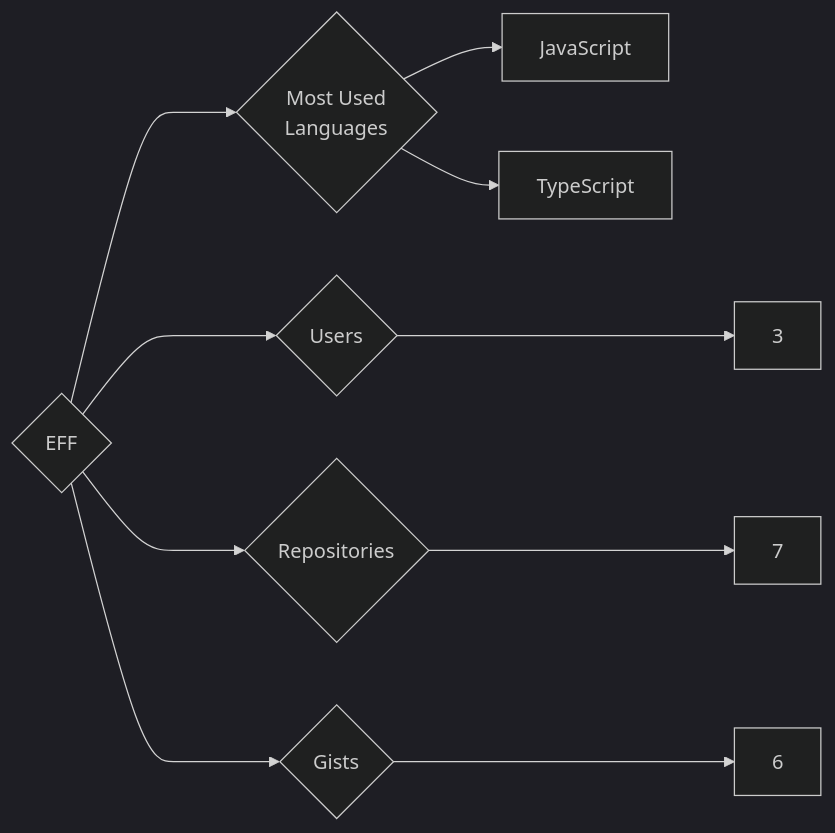
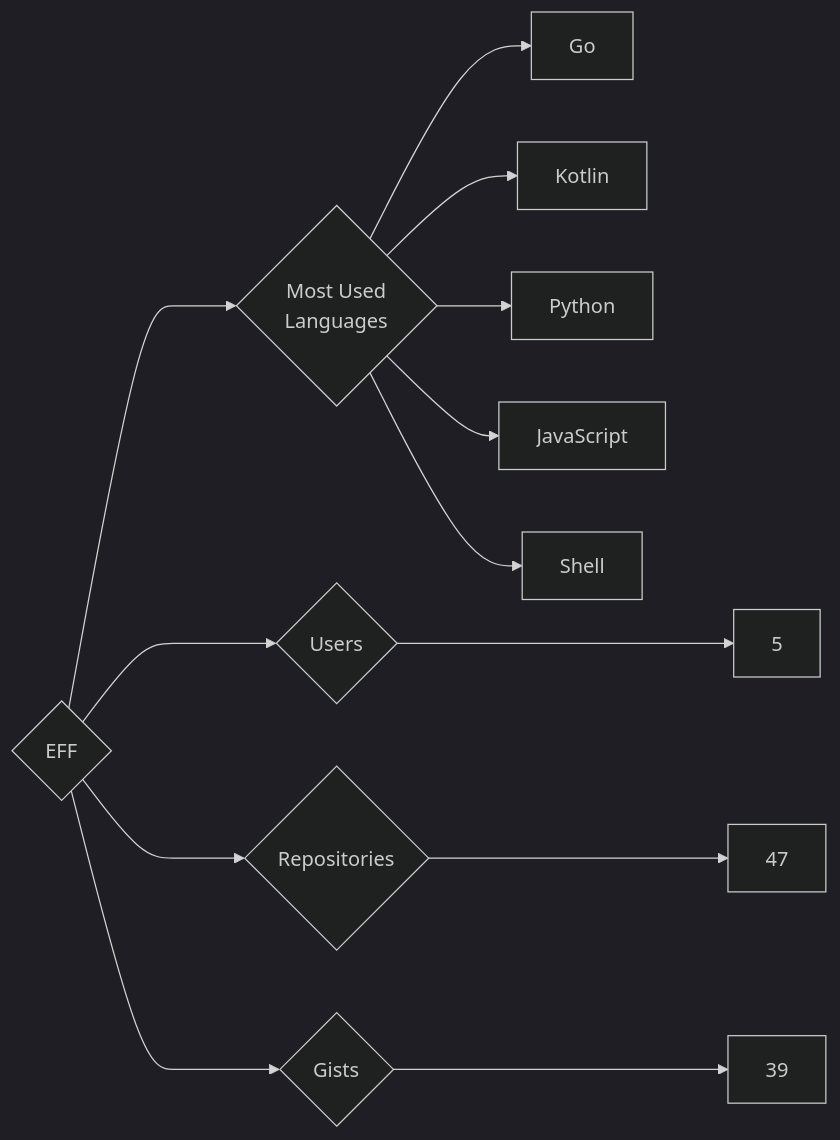
One commit to trickest/insiders changed the diagram in targets/EFF/README.md. Above: the diagram before and after it, drawn with Mermaid (dark theme). The commit also changed 618 other files, not shown here.

````diff
--- a/targets/EFF/README.md
+++ b/targets/EFF/README.md
@@ -3,10 +3,13 @@
 ```mermaid
 graph LR
 COMPANY_NAME{EFF}
-COMPANY_NAME ---> U{Users} ---> UN[3]
-COMPANY_NAME ---> R{Repositories} ---> RN[7]
-COMPANY_NAME ---> G{Gists} ---> GN[6]
+COMPANY_NAME ---> U{Users} ---> UN[5]
+COMPANY_NAME ---> R{Repositories} ---> RN[47]
+COMPANY_NAME ---> G{Gists} ---> GN[39]
 COMPANY_NAME ---> ML{Most Used<br>Languages}
+ML --> Go[Go]
+ML --> Kotlin[Kotlin]
+ML --> Python[Python]
 ML --> JavaScript[JavaScript]
-ML --> TypeScript[TypeScript]
+ML --> Shell[Shell]
 ```
````
